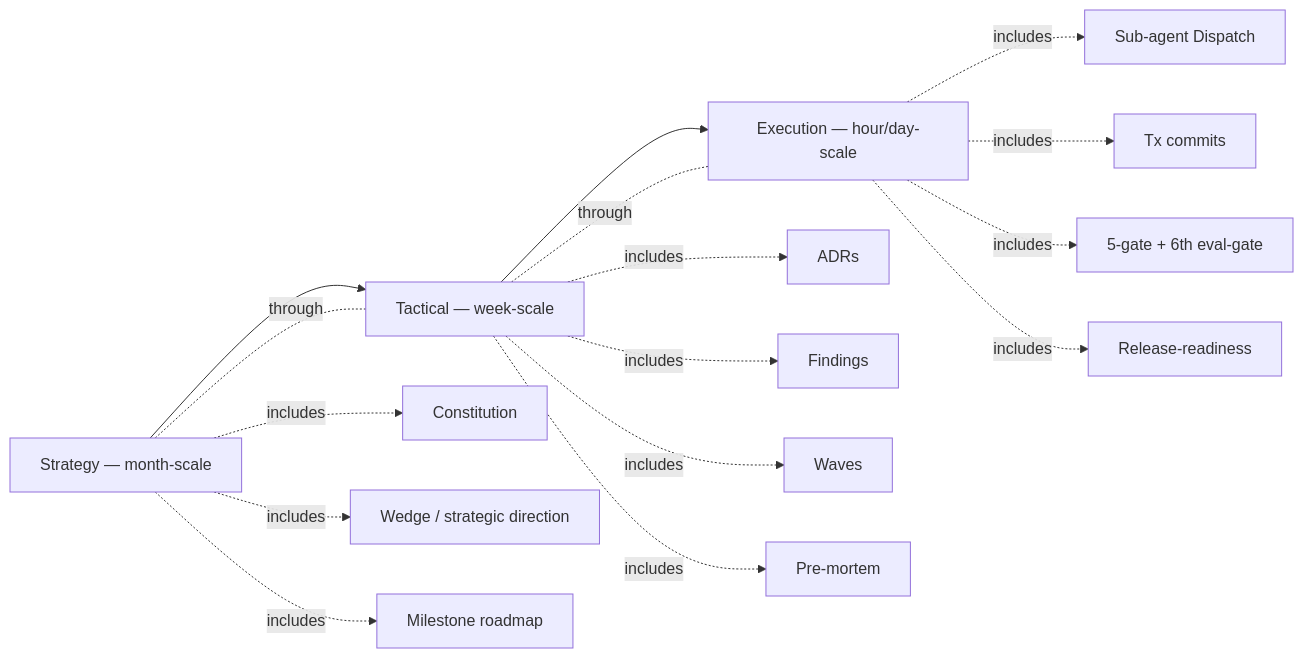
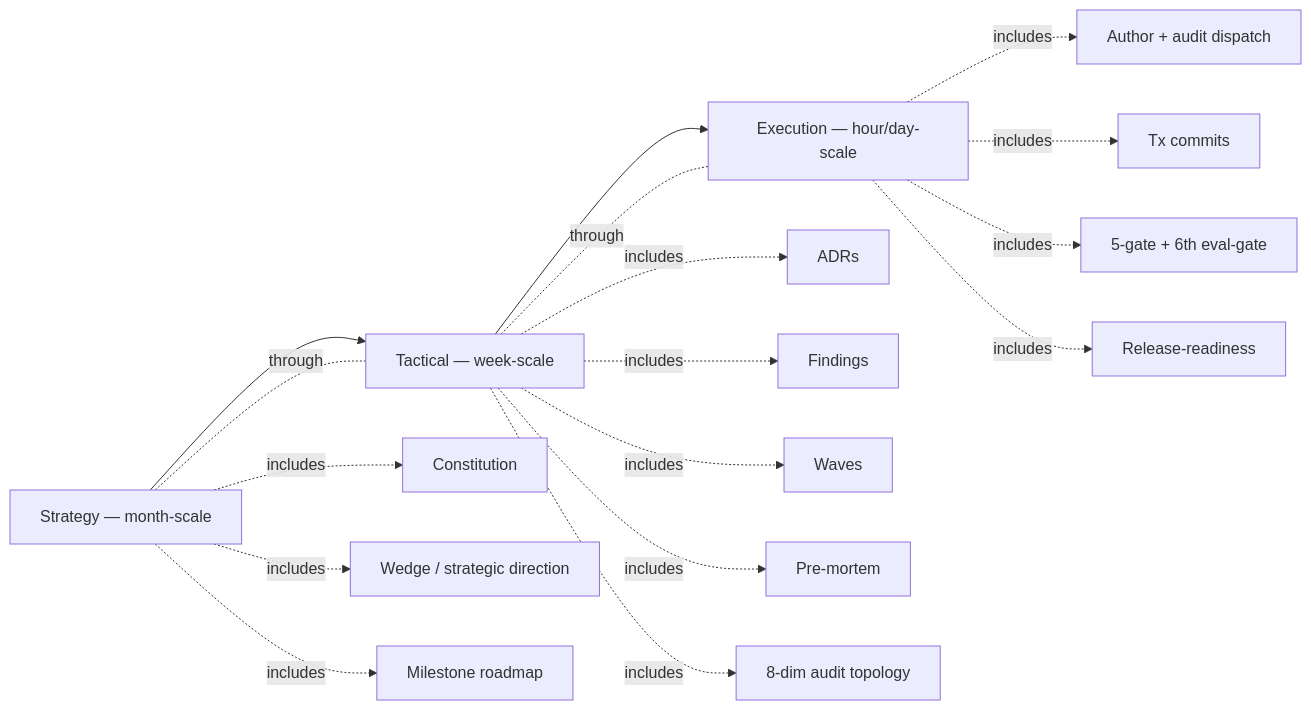
The sixth of 10 diagrams in docs/human/en/concept-map.md (Cobrust-lang/agent-driven-development), drawn with Mermaid before and after one commit. The commit also changed other lines of this file and 7 other files, not shown here.

````diff
--- a/docs/human/en/concept-map.md
+++ b/docs/human/en/concept-map.md
@@ -40,11 +234,11 @@
 ```mermaid
 flowchart LR
     Strategy[Strategy — month-scale] --> Tactical[Tactical — week-scale]
     Tactical --> Execution[Execution — hour/day-scale]
 
     Strategy -.includes.-> Constitution[Constitution] & Wedge[Wedge / strategic direction] & Roadmap[Milestone roadmap]
-    Tactical -.includes.-> ADRs[ADRs] & Findings[Findings] & Waves[Waves] & PreMortem[Pre-mortem]
-    Execution -.includes.-> Dispatch[Sub-agent Dispatch] & Tx[Tx commits] & Gates[5-gate + 6th eval-gate] & Release[Release-readiness]
+    Tactical -.includes.-> ADRs[ADRs] & Findings[Findings] & Waves[Waves] & PreMortem[Pre-mortem] & Audit[8-dim audit topology]
+    Execution -.includes.-> Dispatch[Author + audit dispatch] & Tx[Tx commits] & Gates[5-gate + 6th eval-gate] & Release[Release-readiness]
 
     Strategy -.through.- Tactical -.through.- Execution
 ```
````
